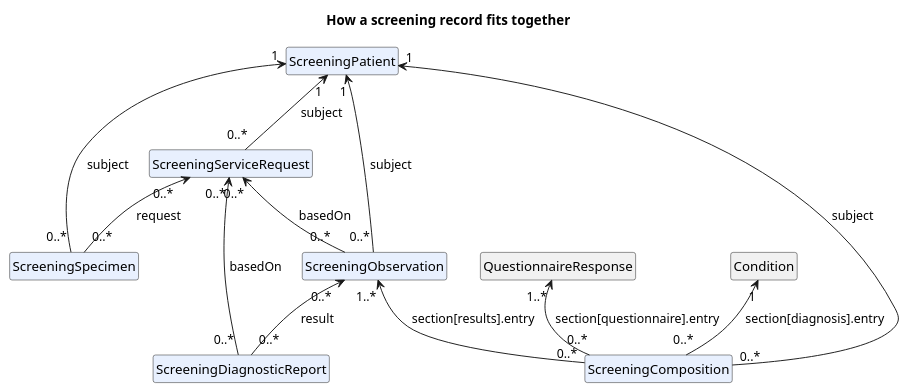
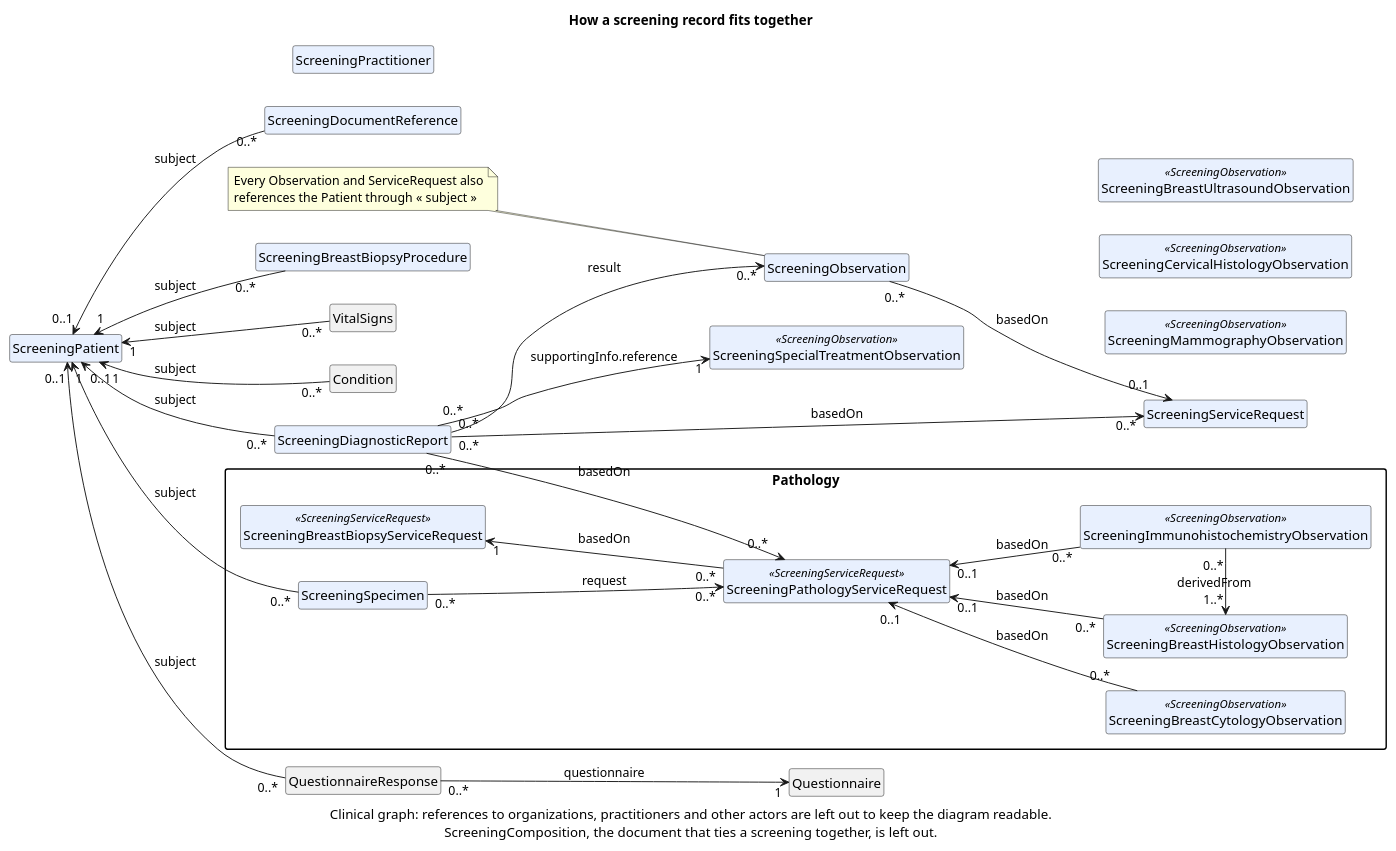
One commit to icmrnbw/digital-health-integration changed the diagram in input/images-source/screening-model-en.plantuml. Above: the diagram before and after it, drawn with PlantUML. The commit also changed 29 other files, not shown here.

First line of the commit message:
Integration diagrams: all profiles, clinical graph (#104)

```diff
--- a/input/images-source/screening-model-en.plantuml
+++ b/input/images-source/screening-model-en.plantuml
@@ -1,27 +1,61 @@
 @startuml screening-model-en
 hide circle
 hide empty members
+left to right direction
+skinparam packageStyle rectangle
 title How a screening record fits together
 
+package "Pathology" {
+  class ScreeningPathologyServiceRequest <<ScreeningServiceRequest>> [[StructureDefinition-screening-pathology-service-request.html{Open the ScreeningPathologyServiceRequest profile}]] #E8F0FE
+  class ScreeningBreastBiopsyServiceRequest <<ScreeningServiceRequest>> [[StructureDefinition-screening-breast-biopsy-service-request.html{Open the ScreeningBreastBiopsyServiceRequest profile}]] #E8F0FE
+  class ScreeningSpecimen [[StructureDefinition-screening-specimen.html{Open the ScreeningSpecimen profile}]] #E8F0FE
+  class ScreeningBreastCytologyObservation <<ScreeningObservation>> [[StructureDefinition-screening-breast-cytology-observation.html{Open the ScreeningBreastCytologyObservation profile}]] #E8F0FE
+  class ScreeningBreastHistologyObservation <<ScreeningObservation>> [[StructureDefinition-screening-breast-histology-observation.html{Open the ScreeningBreastHistologyObservation profile}]] #E8F0FE
+  class ScreeningImmunohistochemistryObservation <<ScreeningObservation>> [[StructureDefinition-screening-immunohistochemistry-observation.html{Open the ScreeningImmunohistochemistryObservation profile}]] #E8F0FE
+}
 class ScreeningPatient [[StructureDefinition-screening-patient.html{Open the ScreeningPatient profile}]] #E8F0FE
+class ScreeningPractitioner [[StructureDefinition-screening-practitioner.html{Open the ScreeningPractitioner profile}]] #E8F0FE
+class ScreeningDocumentReference [[StructureDefinition-screening-document-reference.html{Open the ScreeningDocumentReference profile}]] #E8F0FE
+class ScreeningDiagnosticReport [[StructureDefinition-screening-diagnostic-report.html{Open the ScreeningDiagnosticReport profile}]] #E8F0FE
 class ScreeningServiceRequest [[StructureDefinition-screening-service-request.html{Open the ScreeningServiceRequest profile}]] #E8F0FE
-class ScreeningSpecimen [[StructureDefinition-screening-specimen.html{Open the ScreeningSpecimen profile}]] #E8F0FE
+class ScreeningBreastBiopsyProcedure [[StructureDefinition-screening-breast-biopsy-procedure.html{Open the ScreeningBreastBiopsyProcedure profile}]] #E8F0FE
 class ScreeningObservation [[StructureDefinition-screening-observation.html{Open the ScreeningObservation profile}]] #E8F0FE
-class ScreeningDiagnosticReport [[StructureDefinition-screening-diagnostic-report.html{Open the ScreeningDiagnosticReport profile}]] #E8F0FE
-class ScreeningComposition [[StructureDefinition-screening-composition.html{Open the ScreeningComposition profile}]] #E8F0FE
+class ScreeningMammographyObservation <<ScreeningObservation>> [[StructureDefinition-screening-mammography-observation.html{Open the ScreeningMammographyObservation profile}]] #E8F0FE
+class ScreeningBreastUltrasoundObservation <<ScreeningObservation>> [[StructureDefinition-screening-breast-ultrasound-observation.html{Open the ScreeningBreastUltrasoundObservation profile}]] #E8F0FE
+class ScreeningCervicalHistologyObservation <<ScreeningObservation>> [[StructureDefinition-screening-cervical-histology-observation.html{Open the ScreeningCervicalHistologyObservation profile}]] #E8F0FE
+class ScreeningSpecialTreatmentObservation <<ScreeningObservation>> [[StructureDefinition-screening-special-treatment-observation.html{Open the ScreeningSpecialTreatmentObservation profile}]] #E8F0FE
+class VitalSigns [[https://hl7.org/fhir/observation-vitalsigns.html{Open the FHIR vital signs profiles}]]
+class Condition [[https://dhp.uz/fhir/core/StructureDefinition-uz-core-condition.html{Open the UZ Core Condition profile}]]
 class QuestionnaireResponse [[https://dhp.uz/fhir/core/StructureDefinition-uz-core-questionnaire-response.html{Open the UZ Core QuestionnaireResponse profile}]]
-class Condition [[https://dhp.uz/fhir/core/StructureDefinition-uz-core-condition.html{Open the UZ Core Condition profile}]]
+class Questionnaire [[https://dhp.uz/fhir/core/StructureDefinition-uz-core-questionnaire.html{Open the UZ Core Questionnaire profile}]]
 
-ScreeningPatient "1" <-- "0..*" ScreeningServiceRequest : « subject »
+ScreeningPatient "0..1" <-- "0..*" QuestionnaireResponse : « subject »
+QuestionnaireResponse "0..*" --> "1" Questionnaire : « questionnaire »
+ScreeningPatient "1" <-- "0..*" Condition : « subject »
+ScreeningPatient "0..1" <-- "0..*" ScreeningDocumentReference : « subject »
+ScreeningPatient "1" <-- "0..*" VitalSigns : « subject »
+ScreeningPatient "1" <-- "0..*" ScreeningBreastBiopsyProcedure : « subject »
+ScreeningPatient "0..1" <-- "0..*" ScreeningDiagnosticReport : « subject »
 ScreeningPatient "1" <-- "0..*" ScreeningSpecimen : « subject »
-ScreeningPatient "1" <-- "0..*" ScreeningObservation : « subject »
-ScreeningPatient "1" <-- "0..*" ScreeningComposition : « subject »
-ScreeningServiceRequest "0..*" <-- "0..*" ScreeningSpecimen : « request »
-ScreeningServiceRequest "0..*" <-- "0..*" ScreeningObservation : « basedOn »
-ScreeningServiceRequest "0..*" <-- "0..*" ScreeningDiagnosticReport : « basedOn »
-ScreeningObservation "0..*" <-- "0..*" ScreeningDiagnosticReport : « result »
-ScreeningObservation "1..*" <-- "0..*" ScreeningComposition : « section[results].entry »
-Condition "1" <-- "0..*" ScreeningComposition : « section[diagnosis].entry »
-QuestionnaireResponse "1..*" <-- "0..*" ScreeningComposition : « section[questionnaire].entry »
+ScreeningDiagnosticReport "0..*" --> "0..*" ScreeningServiceRequest : « basedOn »
+ScreeningDiagnosticReport "0..*" --> "0..*" ScreeningObservation : « result »
+ScreeningDiagnosticReport "0..*" --> "1" ScreeningSpecialTreatmentObservation : « supportingInfo.reference »
+ScreeningDiagnosticReport "0..*" --> "0..*" ScreeningPathologyServiceRequest : « basedOn »
+ScreeningObservation "0..*" --> "0..1" ScreeningServiceRequest : « basedOn »
+ScreeningSpecimen "0..*" --> "0..*" ScreeningPathologyServiceRequest : « request »
+ScreeningBreastBiopsyServiceRequest "1" <-- "0..*" ScreeningPathologyServiceRequest : « basedOn »
+ScreeningPathologyServiceRequest "0..1" <-- "0..*" ScreeningBreastCytologyObservation : « basedOn »
+ScreeningPathologyServiceRequest "0..1" <-- "0..*" ScreeningBreastHistologyObservation : « basedOn »
+ScreeningPathologyServiceRequest "0..1" <-- "0..*" ScreeningImmunohistochemistryObservation : « basedOn »
+ScreeningImmunohistochemistryObservation "0..*" -[norank]-> "1..*" ScreeningBreastHistologyObservation : « derivedFrom »
+ScreeningObservation -[hidden]-> ScreeningMammographyObservation
+ScreeningObservation -[hidden]-> ScreeningBreastUltrasoundObservation
+ScreeningObservation -[hidden]-> ScreeningCervicalHistologyObservation
+ScreeningPatient -[hidden]-> ScreeningPractitioner
+
+note "Every Observation and ServiceRequest also\nreferences the Patient through « subject »" as N1
+N1 .. ScreeningObservation
+
+caption Clinical graph: references to organizations, practitioners and other actors are left out to keep the diagram readable.\nScreeningComposition, the document that ties a screening together, is left out.
 
 @enduml
```
